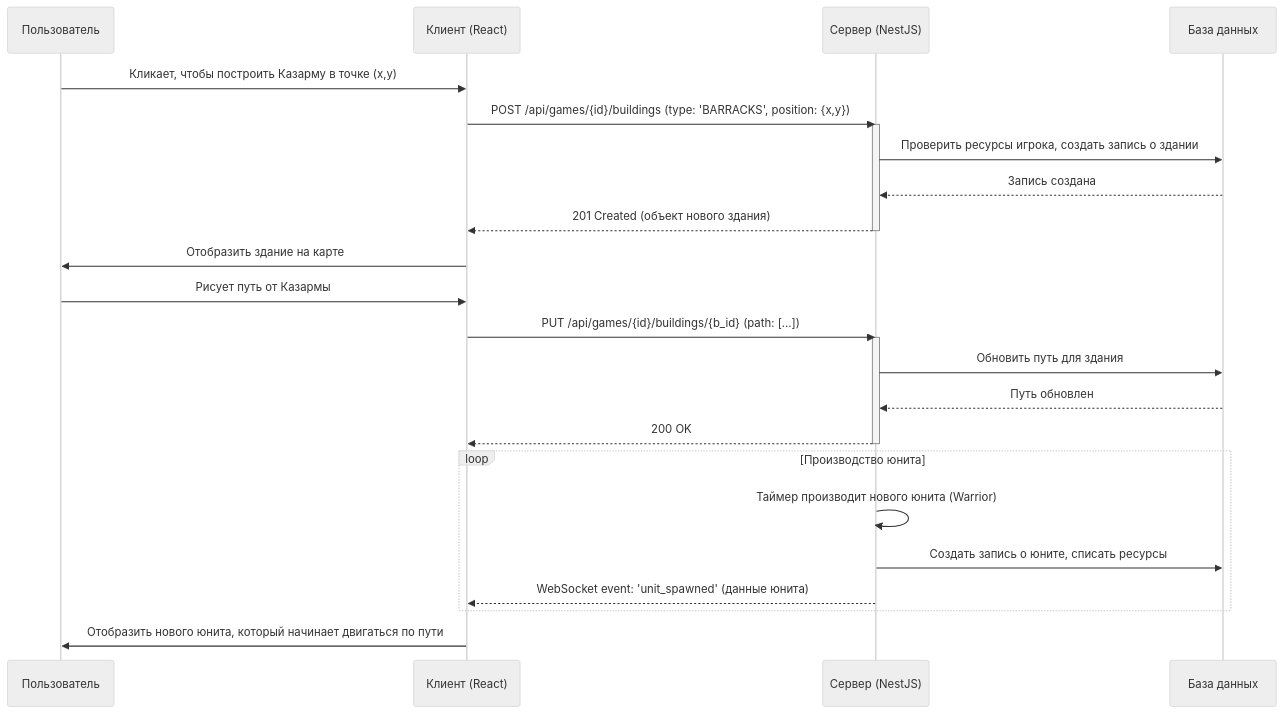
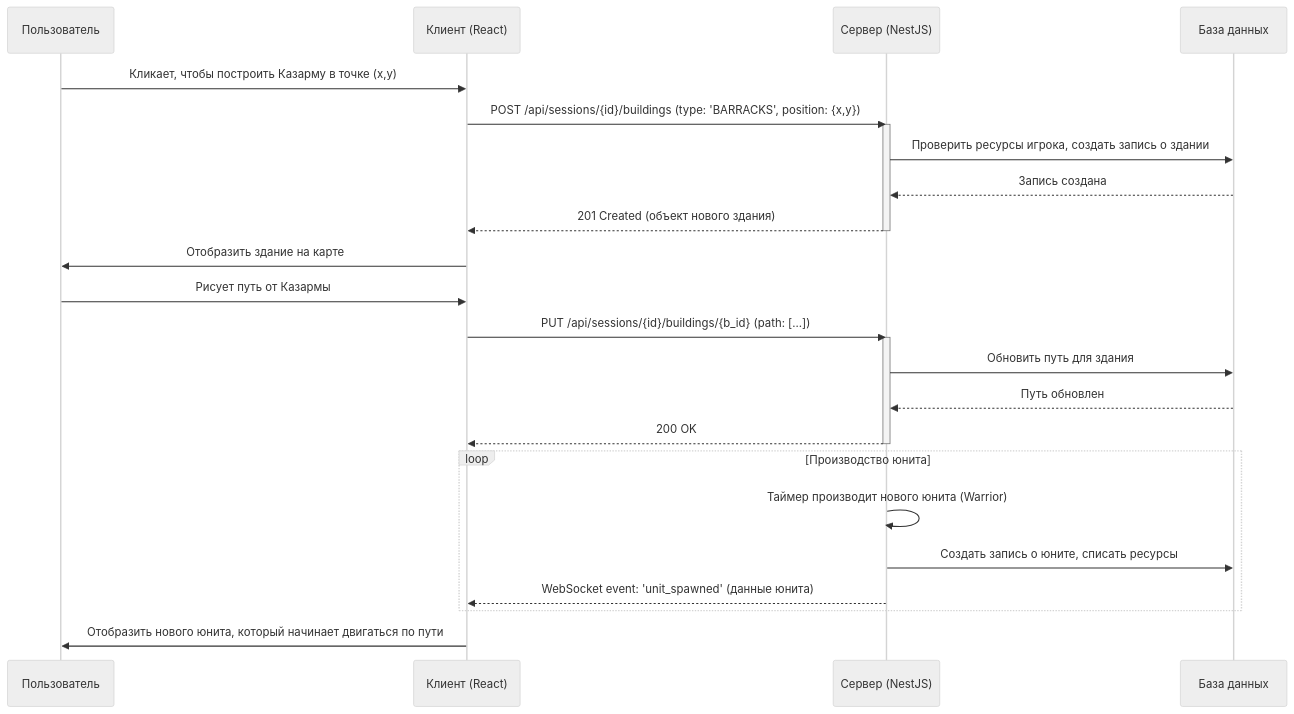
The second of 2 diagrams in docs/03_system_architecture.md (SanoLitch/auto-strategy), drawn with Mermaid (neutral theme) before and after one commit. The commit also changed 12 other files, not shown here.

First line of the commit message:
rename games endpoints to sessions

````diff
--- a/docs/03_system_architecture.md
+++ b/docs/03_system_architecture.md
@@ -122,32 +122,32 @@
 ```mermaid
 sequenceDiagram
     participant User as Пользователь
     participant Client as Клиент (React)
     participant Server as Сервер (NestJS)
     participant DB as База данных
 
     User->>Client: Кликает, чтобы построить Казарму в точке (x,y)
-    Client->>Server: POST /api/games/{id}/buildings (type: 'BARRACKS', position: {x,y})
+    Client->>Server: POST /api/sessions/{id}/buildings (type: 'BARRACKS', position: {x,y})
     activate Server
     Server->>DB: Проверить ресурсы игрока, создать запись о здании
     DB-->>Server: Запись создана
     Server-->>Client: 201 Created (объект нового здания)
     deactivate Server
 
     Client->>User: Отобразить здание на карте
     User->>Client: Рисует путь от Казармы
-    Client->>Server: PUT /api/games/{id}/buildings/{b_id} (path: [...])
+    Client->>Server: PUT /api/sessions/{id}/buildings/{b_id} (path: [...])
     activate Server
     Server->>DB: Обновить путь для здания
     DB-->>Server: Путь обновлен
     Server-->>Client: 200 OK
     deactivate Server
 
     loop Производство юнита
         Server->>Server: Таймер производит нового юнита (Warrior)
         Server->>DB: Создать запись о юните, списать ресурсы
         Server-->>Client: WebSocket event: 'unit_spawned' (данные юнита)
     end
 
     Client->>User: Отобразить нового юнита, который начинает двигаться по пути
 ```
````
